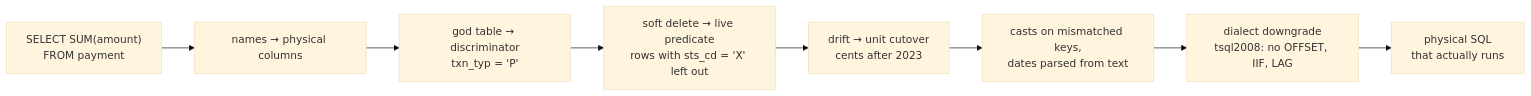
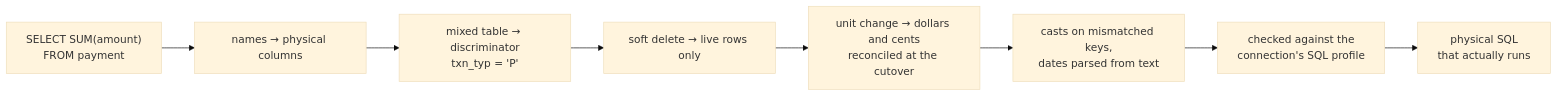
The fifth of 7 diagrams in README.md (waleed-w-maqbool-m/stratum), drawn with Mermaid (base theme) before and after one commit. The commit also changed other lines of this file and 4 other files, not shown here.

````diff
--- a/README.md
+++ b/README.md
@@ -202,10 +195,10 @@
 ```mermaid
 flowchart LR
     logical["SELECT SUM(amount)<br/>FROM payment"] --> rename["names → physical columns"]
-    rename --> god["god table → discriminator<br/>txn_typ = 'P'"]
-    god --> soft["soft delete → live predicate<br/>rows with sts_cd = 'X' left out"]
-    soft --> drift["drift → unit cutover<br/>cents after 2023"]
+    rename --> god["mixed table → discriminator<br/>txn_typ = 'P'"]
+    god --> soft["soft delete → live rows only"]
+    soft --> drift["unit change → dollars and cents<br/>reconciled at the cutover"]
     drift --> types["casts on mismatched keys,<br/>dates parsed from text"]
-    types --> dialect["dialect downgrade<br/>tsql2008: no OFFSET, IIF, LAG"]
-    dialect --> physical["physical SQL<br/>that actually runs"]
+    types --> lint["checked against the<br/>connection's SQL profile"]
+    lint --> physical["physical SQL<br/>that actually runs"]
 ```
````
